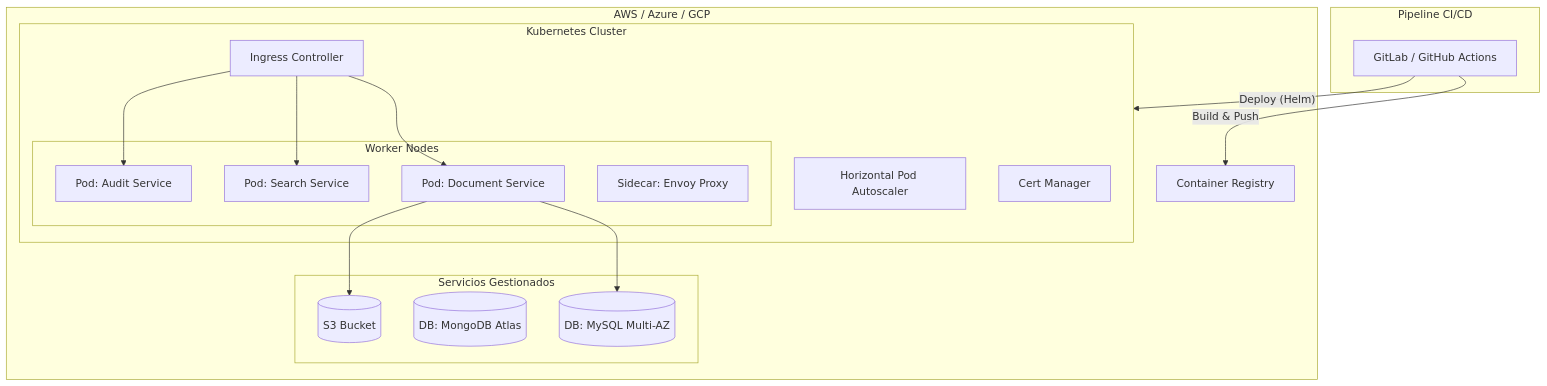
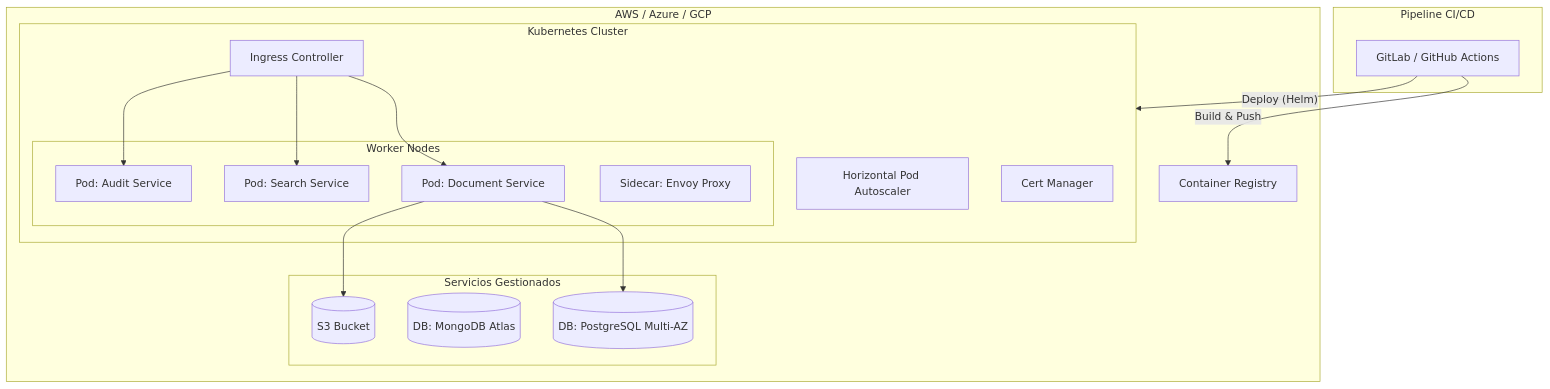
The fifth of 6 diagrams in README.md (EDGUR-DEVELOPER/AI4Devs-finalproject-EGR), drawn with Mermaid before and after one commit. The commit also changed other lines of this file and 1 other file, not shown here.

Commit message:
Actualizar README.md y prompts.md: cambiar MySQL a PostgreSQL en la documentación y añadir nuevas secciones sobre diseño de base de datos, validación técnica y especificación de API.

````diff
--- a/README.md
+++ b/README.md
@@ -389,39 +389,39 @@
 ```mermaid
 graph TD
     subgraph Cloud_Provider [AWS / Azure / GCP]
         
         subgraph K8s_Cluster [Kubernetes Cluster]
             
             subgraph Nodes [Worker Nodes]
                 Pod1[Pod: Document Service]
                 Pod2[Pod: Search Service]
                 Pod3[Pod: Audit Service]
                 PodSidecar[Sidecar: Envoy Proxy]
             end
             
             Ingress[Ingress Controller]
             HPA[Horizontal Pod Autoscaler]
             CertManager[Cert Manager]
         end
         
         Registry[Container Registry]
         
         subgraph Managed_Services [Servicios Gestionados]
-            RDS[(DB: MySQL Multi-AZ)]
+            RDS[(DB: PostgreSQL Multi-AZ)]
             MongoAtlas[(DB: MongoDB Atlas)]
             S3Bucket[(S3 Bucket)]
         end
     end
     
     subgraph CI_CD [Pipeline CI/CD]
         GitLab[GitLab / GitHub Actions]
     end
 
     GitLab -- Build & Push --> Registry
     GitLab -- Deploy (Helm) --> K8s_Cluster
     Ingress --> Pod1
     Ingress --> Pod2
     Ingress --> Pod3
     Pod1 --> RDS
     Pod1 --> S3Bucket
 ```
````
